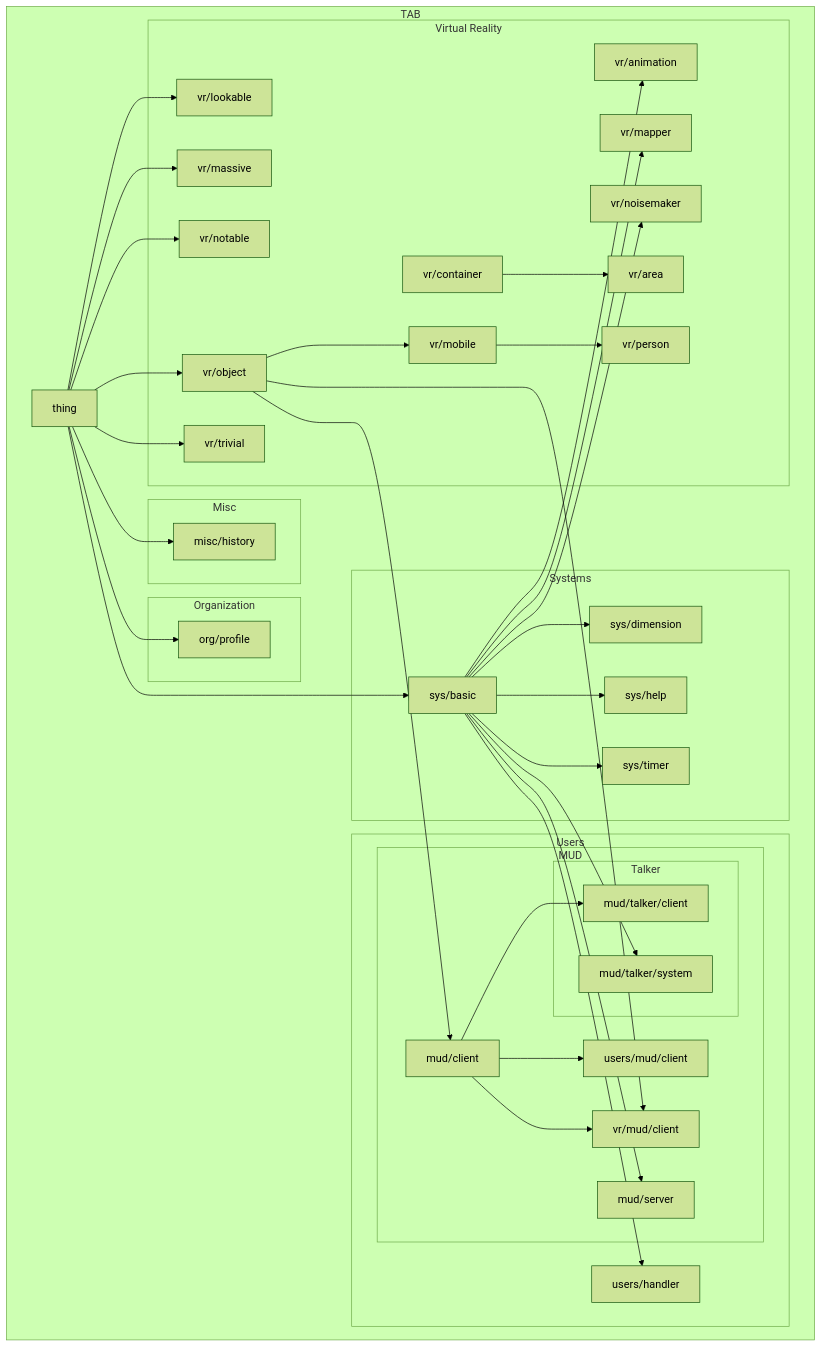
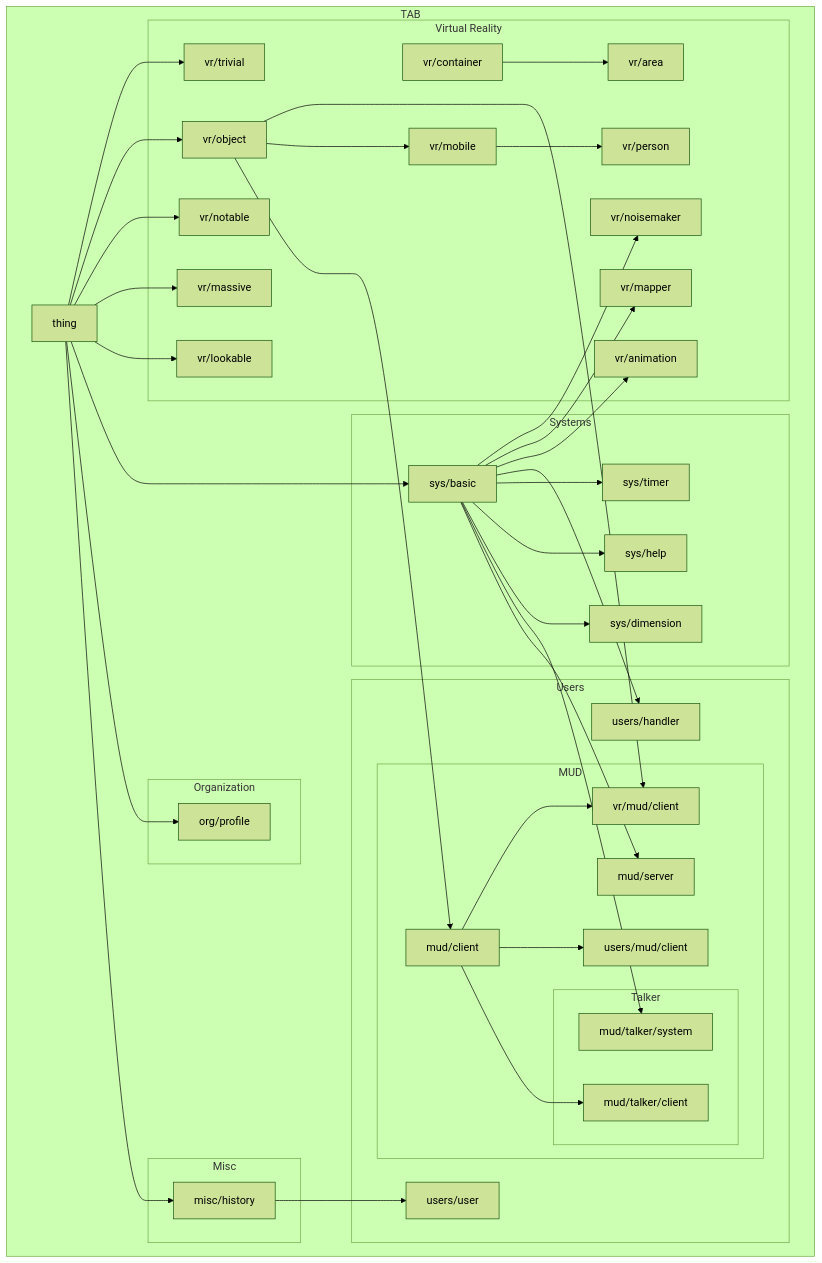
The diagram in README.md (gaz561/tab), drawn with Mermaid (forest theme) before and after one commit. The commit also changed 11 other files, not shown here.

````diff
--- a/README.md
+++ b/README.md
@@ -35,75 +35,77 @@
 ```mermaid
 graph TD
     subgraph TAB
         thing
         subgraph Misc
             misc/history
         end
         subgraph MUD
             mud/client
             mud/server
             subgraph Talker
                 mud/talker/client
                 mud/talker/system
             end
         end
         subgraph Organization
             org/profile
         end
         subgraph Systems
             sys/basic
             sys/dimension
             sys/help
             sys/timer
         end
         subgraph Users
             users/handler
+			users/user
             subgraph MUD
                 users/mud/client
             end
         end
         subgraph Virtual Reality
             vr/animation
             vr/area
             vr/container
             vr/lookable
             vr/mapper
             vr/massive
             vr/mobile
             vr/noisemaker
             vr/notable
             vr/object
             vr/person
             vr/trivial
             subgraph MUD
                 vr/mud/client
             end
         end
     end
     thing
     thing --> misc/history
     thing --> org/profile
     thing --> sys/basic
     thing --> vr/lookable
     thing --> vr/massive
     thing --> vr/notable
     thing --> vr/object
     thing --> vr/trivial
+	misc/history --> users/user
     mud/client --> mud/talker/client
     mud/client --> users/mud/client
     mud/client --> vr/mud/client
     sys/basic --> mud/server
     sys/basic --> mud/talker/system
     sys/basic --> sys/dimension
     sys/basic --> sys/help
     sys/basic --> sys/timer
     sys/basic --> users/handler
     sys/basic --> vr/animation
     sys/basic --> vr/mapper
     sys/basic --> vr/noisemaker
     vr/container --> vr/area
     vr/mobile --> vr/person
     vr/object --> mud/client
     vr/object --> vr/mobile
     vr/object --> vr/mud/client
 ```
````
